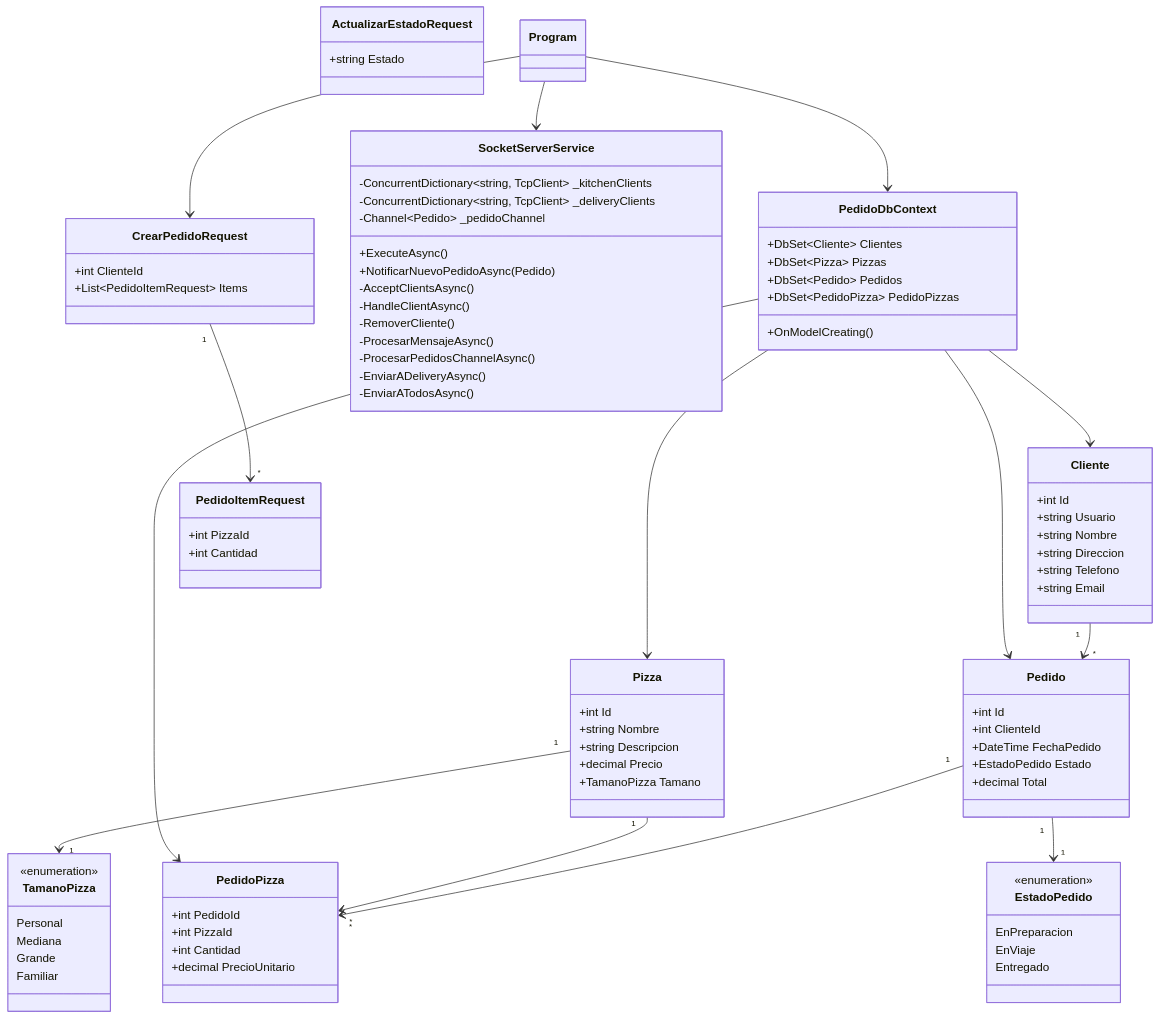
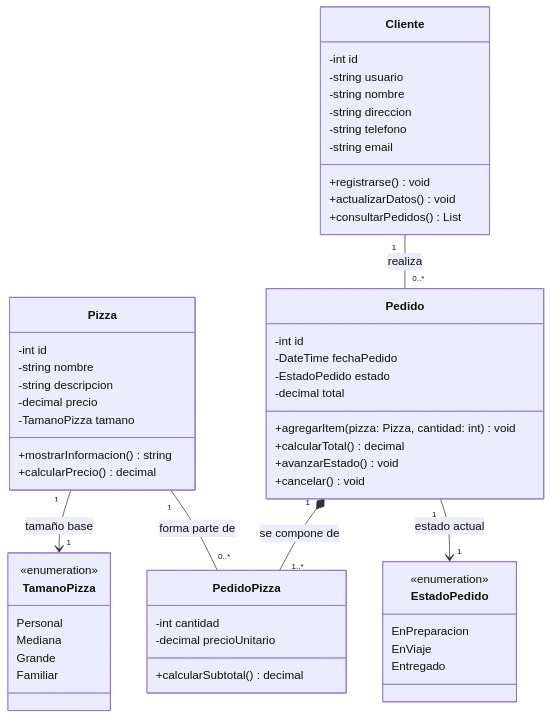
One commit to Darkops56/PSR-MinimalAPI changed the first of 3 diagrams in docs/old/DiagramaDeClases.md. Above: the diagram before and after it, drawn with Mermaid. The commit also changed other lines of this file and 1 other file, not shown here.

````diff
--- a/docs/old/DiagramaDeClases.md
+++ b/docs/old/DiagramaDeClases.md
@@ -5,20 +49,25 @@
 ```mermaid
 classDiagram
     class Cliente {
-        +int Id
-        +string Usuario
-        +string Nombre
-        +string Direccion
-        +string Telefono
-        +string Email
+        -int id
+        -string usuario
+        -string nombre
+        -string direccion
+        -string telefono
+        -string email
+        +registrarse() void
+        +actualizarDatos() void
+        +consultarPedidos() List
     }
 
     class Pizza {
-        +int Id
-        +string Nombre
-        +string Descripcion
-        +decimal Precio
-        +TamanoPizza Tamano
+        -int id
+        -string nombre
+        -string descripcion
+        -decimal precio
+        -TamanoPizza tamano
+        +mostrarInformacion() string
+        +calcularPrecio() decimal
     }
 
     class TamanoPizza {
@@ -30,11 +79,14 @@
     }
 
     class Pedido {
-        +int Id
-        +int ClienteId
-        +DateTime FechaPedido
-        +EstadoPedido Estado
-        +decimal Total
+        -int id
+        -DateTime fechaPedido
+        -EstadoPedido estado
+        -decimal total
+        +agregarItem(pizza: Pizza, cantidad: int) void
+        +calcularTotal() decimal
+        +avanzarEstado() void
+        +cancelar() void
     }
 
     class EstadoPedido {
@@ -45,60 +97,14 @@
     }
 
     class PedidoPizza {
-        +int PedidoId
-        +int PizzaId
-        +int Cantidad
-        +decimal PrecioUnitario
+        -int cantidad
+        -decimal precioUnitario
+        +calcularSubtotal() decimal
     }
 
-    class PedidoDbContext {
-        +DbSet~Cliente~ Clientes
-        +DbSet~Pizza~ Pizzas
-        +DbSet~Pedido~ Pedidos
-        +DbSet~PedidoPizza~ PedidoPizzas
-        +OnModelCreating()
-    }
-
-    class SocketServerService {
-        -ConcurrentDictionary~string, TcpClient~ _kitchenClients
-        -ConcurrentDictionary~string, TcpClient~ _deliveryClients
-        -Channel~Pedido~ _pedidoChannel
-        +ExecuteAsync()
-        +NotificarNuevoPedidoAsync(Pedido)
-        -AcceptClientsAsync()
-        -HandleClientAsync()
-        -RemoverCliente()
-        -ProcesarMensajeAsync()
-        -ProcesarPedidosChannelAsync()
-        -EnviarADeliveryAsync()
-        -EnviarATodosAsync()
-    }
-
-    class CrearPedidoRequest {
-        +int ClienteId
-        +List~PedidoItemRequest~ Items
-    }
-
-    class PedidoItemRequest {
-        +int PizzaId
-        +int Cantidad
-    }
-
-    class ActualizarEstadoRequest {
-        +string Estado
-    }
-
-    Cliente "1" --> "*" Pedido
-    Pedido "1" --> "*" PedidoPizza
-    Pizza "1" --> "*" PedidoPizza
-    Pedido "1" --> "1" EstadoPedido
-    Pizza "1" --> "1" TamanoPizza
-    PedidoDbContext --> Cliente
-    PedidoDbContext --> Pizza
-    PedidoDbContext --> Pedido
-    PedidoDbContext --> PedidoPizza
-    Program --> PedidoDbContext
-    Program --> SocketServerService
-    Program --> CrearPedidoRequest
-    CrearPedidoRequest "1" --> "*" PedidoItemRequest
+    Cliente "1" -- "0..*" Pedido : realiza
+    Pedido "1" *-- "1..*" PedidoPizza : se compone de
+    Pizza "1" -- "0..*" PedidoPizza : forma parte de
+    Pedido "1" --> "1" EstadoPedido : estado actual
+    Pizza "1" --> "1" TamanoPizza : tamaño base
 ```
````
